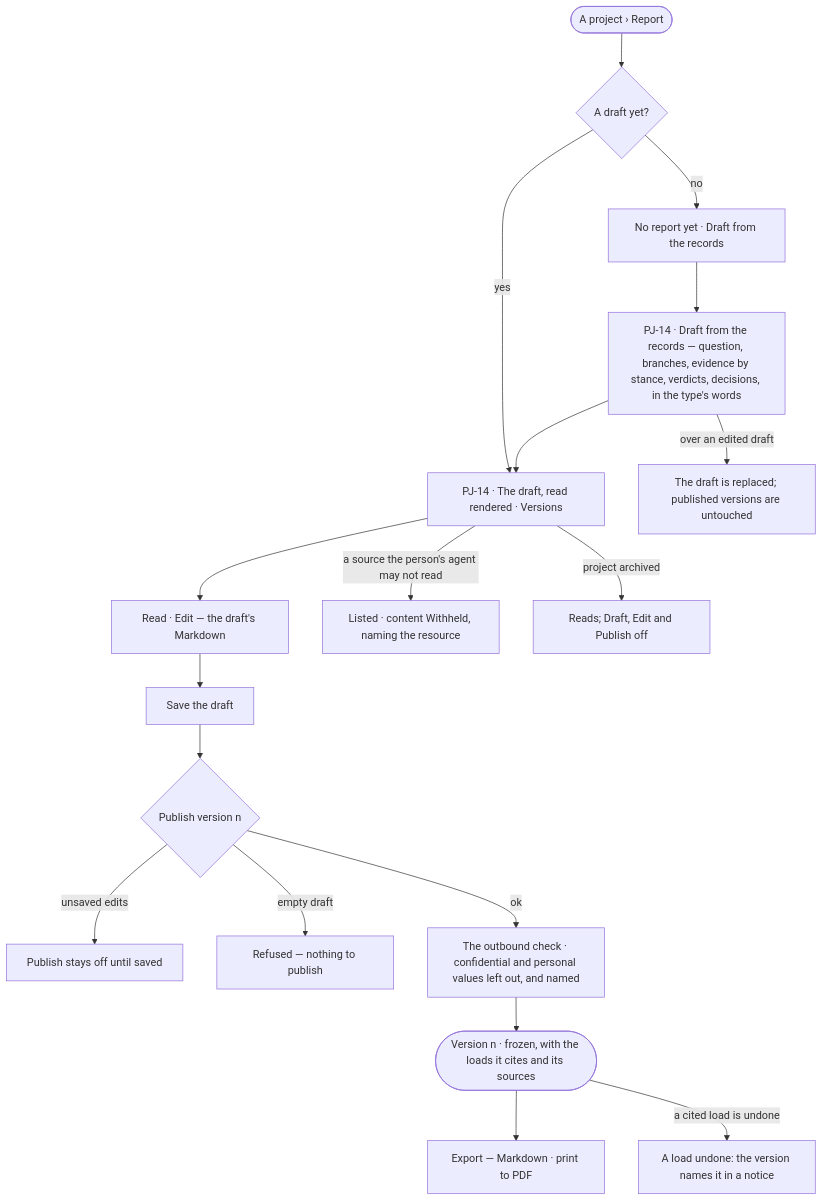
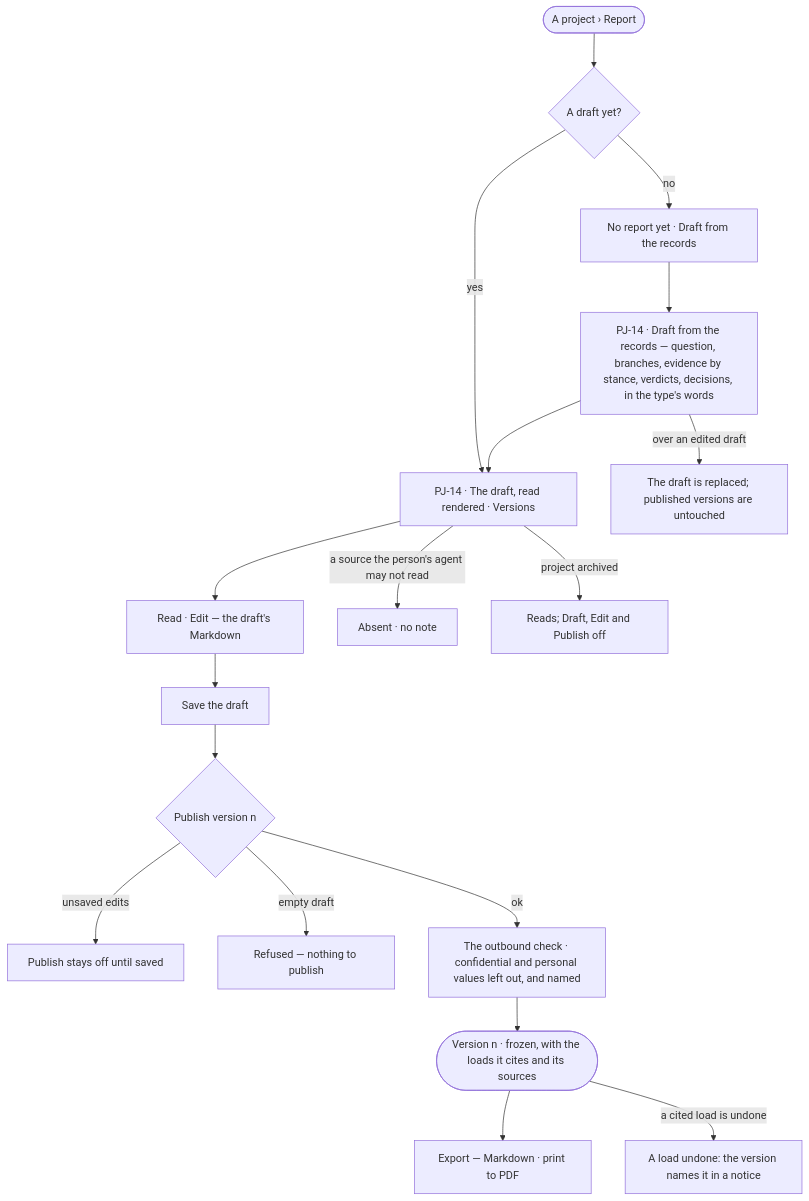
One commit to invana/invana changed the diagram in specs/capabilities/projects/features/PJ-F05-project-reports/feature.md. Above: the diagram before and after it, drawn with Mermaid. The commit also changed other lines of this file and 69 other files, not shown here.

````diff
--- a/specs/capabilities/projects/features/PJ-F05-project-reports/feature.md
+++ b/specs/capabilities/projects/features/PJ-F05-project-reports/feature.md
@@ -24,20 +24,20 @@
 ```mermaid
 flowchart TD
   s([A project › Report]) --> any{"A draft yet?"}
   any -->|no| empty["No report yet · Draft from the records"]
   any -->|yes| read["PJ-14 · The draft, read rendered · Versions"]
   empty --> gen["PJ-14 · Draft from the records — question, branches, evidence by stance, verdicts, decisions, in the type's words"]
   gen -->|over an edited draft| warn["The draft is replaced; published versions are untouched"]
   gen --> read
   read --> edit["Read · Edit — the draft's Markdown"]
   edit --> save["Save the draft"]
   save --> pub{"Publish version n"}
   pub -->|unsaved edits| off["Publish stays off until saved"]
   pub -->|empty draft| ref["Refused — nothing to publish"]
   pub -->|ok| ob["The outbound check · confidential and personal values left out, and named"]
   ob --> ver(["Version n · frozen, with the loads it cites and its sources"])
   ver --> exp["Export — Markdown · print to PDF"]
   ver -->|a cited load is undone| notice["A load undone: the version names it in a notice"]
-  read -->|a source the person's agent may not read| red["Listed · content Withheld, naming the resource"]
+  read -->|a source the person's agent may not read| red["Absent · no note"]
   read -->|project archived| arch["Reads; Draft, Edit and Publish off"]
 ```
````
